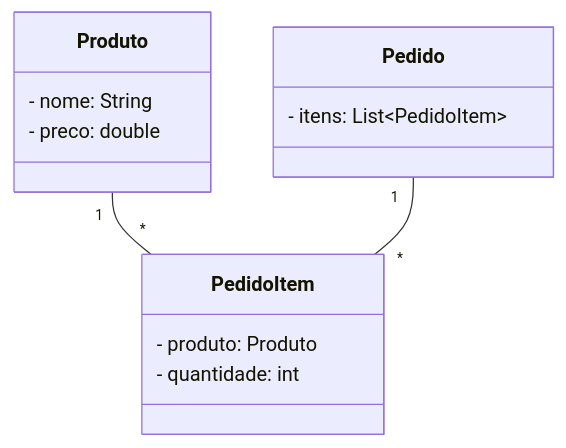
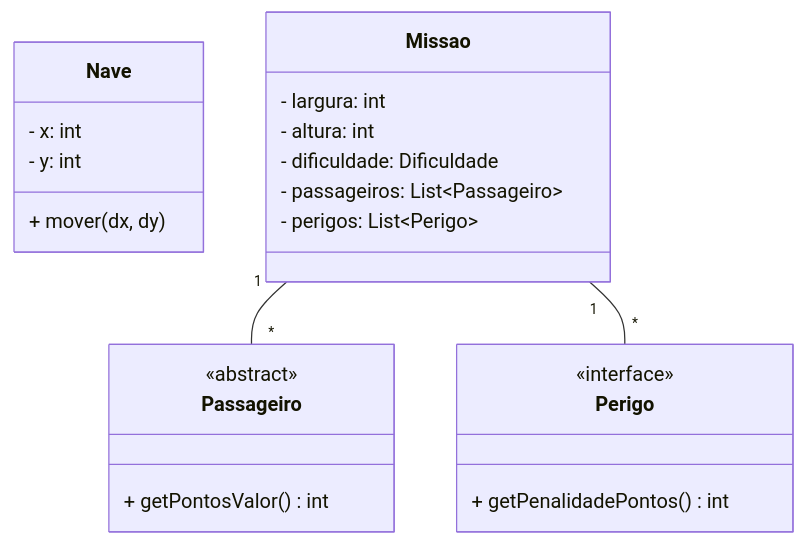
One commit to ProfBezerra/T200-ProjArqSist changed the first of 2 diagrams in missaoMarteUnifor/grasp/apostilas-grasp/introducao.md. Above: the diagram before and after it, drawn with Mermaid. The commit also changed other lines of this file and 10 other files, not shown here.

````diff
--- a/missaoMarteUnifor/grasp/apostilas-grasp/introducao.md
+++ b/missaoMarteUnifor/grasp/apostilas-grasp/introducao.md
@@ -61,19 +63,29 @@
 ```mermaid
 classDiagram
-  class Produto {
-    - nome: String
-    - preco: double
+  class Nave {
+    - x: int
+    - y: int
+    + mover(dx, dy)
   }
 
-  class PedidoItem {
-    - produto: Produto
-    - quantidade: int
+  class Missao {
+    - largura: int
+    - altura: int
+    - dificuldade: Dificuldade
+    - passageiros: List~Passageiro~
+    - perigos: List~Perigo~
   }
 
-  class Pedido {
-    - itens: List~PedidoItem~
+  class Passageiro {
+    <<abstract>>
+    + getPontosValor() int
   }
 
-  Produto "1" -- "*" PedidoItem
-  Pedido "1" -- "*" PedidoItem
+  class Perigo {
+    <<interface>>
+    + getPenalidadePontos() int
+  }
+
+  Missao "1" -- "*" Passageiro
+  Missao "1" -- "*" Perigo
 ```
````
